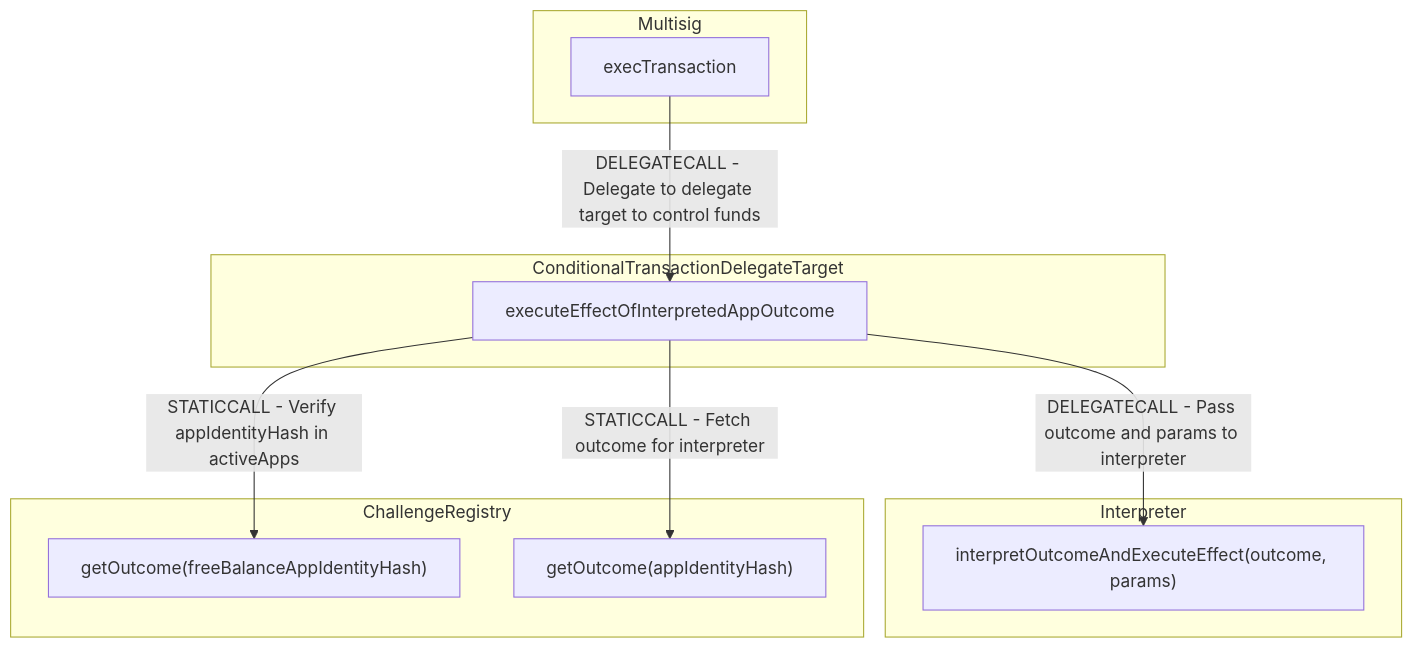
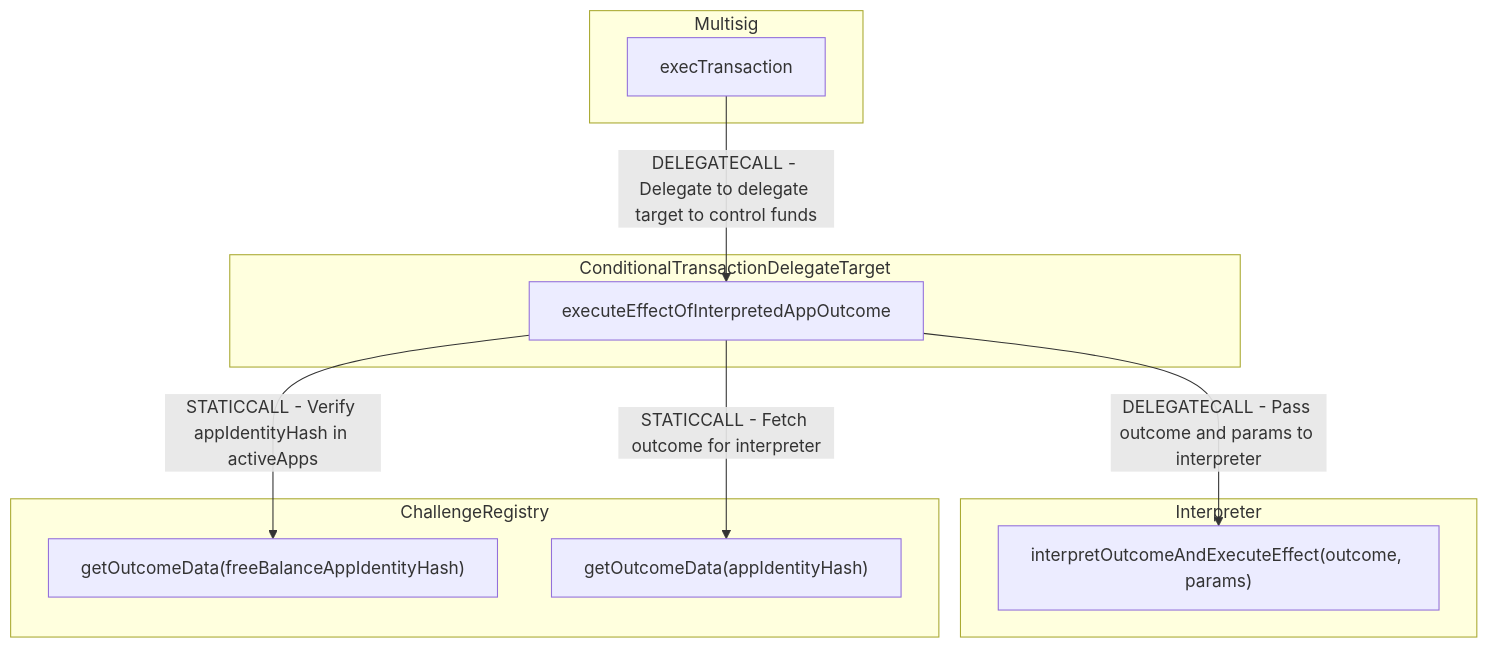
Before and after one commit to counterfactual/monorepo: the diagram in packages/specs/source/diagrams/conditional-transaction-commitment.mmd, drawn with Mermaid. The commit also changed 23 other files, not shown here.

```diff
--- a/packages/specs/source/diagrams/conditional-transaction-commitment.mmd
+++ b/packages/specs/source/diagrams/conditional-transaction-commitment.mmd
@@ -1,25 +1,25 @@
 graph TB
 
     subgraph Interpreter
         interpretOutcomeAndExecuteEffect["interpretOutcomeAndExecuteEffect(outcome, params)"]
     end
 
     subgraph ChallengeRegistry
-        getOutcome["getOutcome(freeBalanceAppIdentityHash)"]
-        getOutcome2["getOutcome(appIdentityHash)"]
+        getOutcome["getOutcomeData(freeBalanceAppIdentityHash)"]
+        getOutcome2["getOutcomeData(appIdentityHash)"]
     end
 
     subgraph ConditionalTransactionDelegateTarget
         executeEffectOfInterpretedAppOutcome
         executeEffectOfInterpretedAppOutcome
           -->|DELEGATECALL - Pass outcome and params to interpreter| interpretOutcomeAndExecuteEffect
         executeEffectOfInterpretedAppOutcome
           -->|STATICCALL - Fetch outcome for interpreter| getOutcome2
         executeEffectOfInterpretedAppOutcome
           -->|STATICCALL - Verify appIdentityHash in activeApps| getOutcome
     end
 
     subgraph Multisig
         execTransaction
           -->|DELEGATECALL - Delegate to delegate target to control funds |executeEffectOfInterpretedAppOutcome
     end
```
